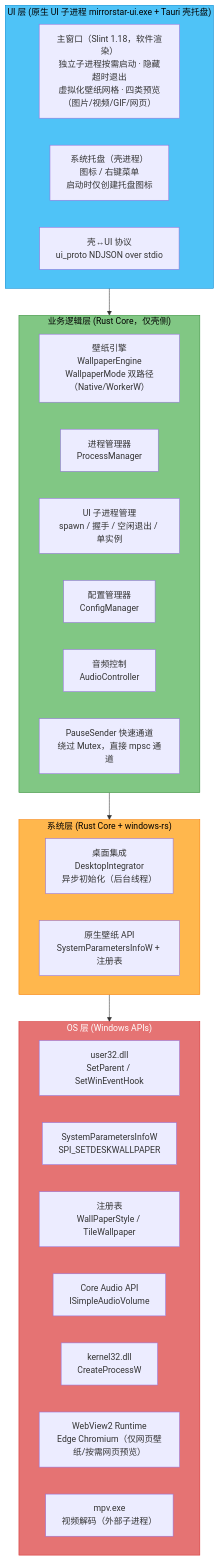
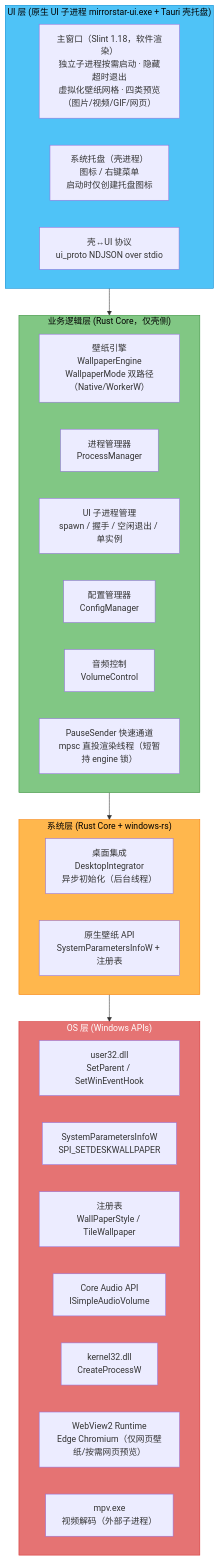
One commit to Wunseol/mirrorstar-wallpaper changed the first of 3 diagrams in docs/02-架构与技术栈/01-架构与技术栈总览-Architecture-and-Tech-Stack-Overview.md. Above: the diagram before and after it, drawn with Mermaid. The commit also changed other lines of this file and 42 other files, not shown here.

````diff
--- a/docs/02-架构与技术栈/01-架构与技术栈总览-Architecture-and-Tech-Stack-Overview.md
+++ b/docs/02-架构与技术栈/01-架构与技术栈总览-Architecture-and-Tech-Stack-Overview.md
@@ -68,41 +68,41 @@
 ```mermaid
 graph TB
     subgraph UI["UI 层 (原生 UI 子进程 mirrorstar-ui.exe + Tauri 壳托盘)"]
         UI_Main["主窗口（Slint 1.18，软件渲染）<br/>独立子进程按需启动 · 隐藏超时退出<br/>虚拟化壁纸网格 · 四类预览（图片/视频/GIF/网页）"]
         UI_Tray["系统托盘（壳进程）<br/>图标 / 右键菜单<br/>启动时仅创建托盘图标"]
         UI_Proto["壳↔UI 协议<br/>ui_proto NDJSON over stdio"]
     end
 
     subgraph BIZ["业务逻辑层 (Rust Core，仅壳侧)"]
         BIZ_Engine["壁纸引擎<br/>WallpaperEngine<br/>WallpaperMode 双路径（Native/WorkerW）"]
         BIZ_ProcMgr["进程管理器<br/>ProcessManager"]
         BIZ_UiMgr["UI 子进程管理<br/>spawn / 握手 / 空闲退出 / 单实例"]
         BIZ_Config["配置管理器<br/>ConfigManager"]
-        BIZ_Audio["音频控制<br/>AudioController"]
-        BIZ_PauseSender["PauseSender 快速通道<br/>绕过 Mutex，直接 mpsc 通道"]
+        BIZ_Audio["音频控制<br/>VolumeControl"]
+        BIZ_PauseSender["PauseSender 快速通道<br/>mpsc 直投渲染线程（短暂持 engine 锁）"]
     end
 
     subgraph SYS["系统层 (Rust Core + windows-rs)"]
         SYS_Desktop["桌面集成<br/>DesktopIntegrator<br/>异步初始化（后台线程）"]
         SYS_Native["原生壁纸 API<br/>SystemParametersInfoW + 注册表"]
     end
 
     subgraph OS["OS 层 (Windows APIs)"]
         OS_User32["user32.dll<br/>SetParent / SetWinEventHook"]
         OS_SysParams["SystemParametersInfoW<br/>SPI_SETDESKWALLPAPER"]
         OS_Registry["注册表<br/>WallPaperStyle / TileWallpaper"]
         OS_CoreAudio["Core Audio API<br/>ISimpleAudioVolume"]
         OS_Kernel32["kernel32.dll<br/>CreateProcessW"]
         OS_WebView2["WebView2 Runtime<br/>Edge Chromium（仅网页壁纸/按需网页预览）"]
         OS_mpv["mpv.exe<br/>视频解码（外部子进程）"]
     end
 
     UI --> BIZ
     BIZ --> SYS
     SYS --> OS
 
     style UI fill:#4FC3F7,stroke:#0288D1,color:#000
     style BIZ fill:#81C784,stroke:#388E3C,color:#000
     style SYS fill:#FFB74D,stroke:#F57C00,color:#000
     style OS fill:#E57373,stroke:#D32F2F,color:#FFF
 ```
````
